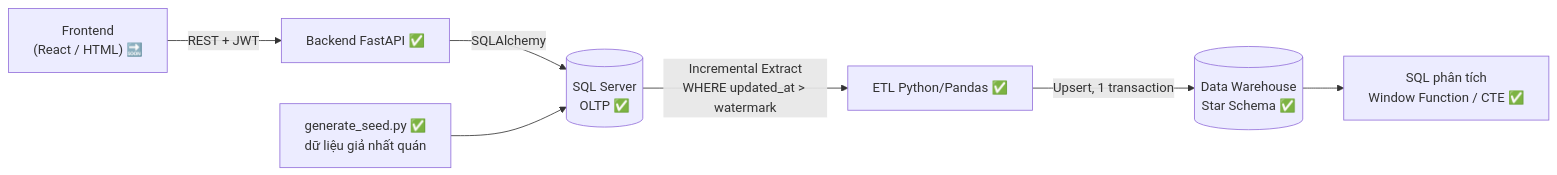
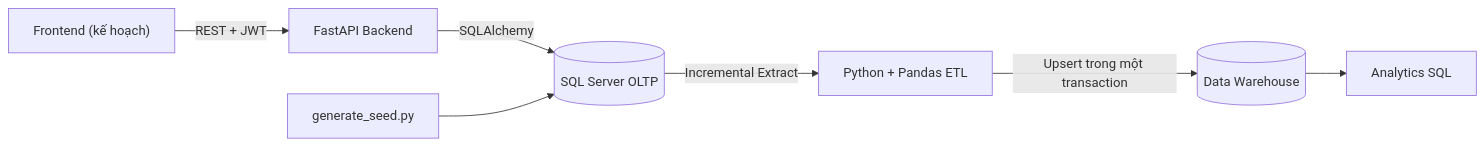
The first of 2 diagrams in README.md (Nghiepcoder17v/cho-troi-uit), drawn with Mermaid before and after one commit. The commit also changed other lines of this file, not shown here.

````diff
--- a/README.md
+++ b/README.md
@@ -7,9 +40,9 @@
 ```mermaid
 flowchart LR
-    FE["Frontend<br/>(React / HTML) 🔜"] -->|REST + JWT| API["Backend FastAPI ✅"]
-    API -->|SQLAlchemy| OLTP[("SQL Server<br/>OLTP ✅")]
-    GEN["generate_seed.py ✅<br/>dữ liệu giả nhất quán"] --> OLTP
-    OLTP -->|"Incremental Extract<br/>WHERE updated_at > watermark"| ETL["ETL Python/Pandas ✅"]
-    ETL -->|"Upsert, 1 transaction"| DWH[("Data Warehouse<br/>Star Schema ✅")]
-    DWH --> SQL["SQL phân tích<br/>Window Function / CTE ✅"]
+    FE["Frontend (kế hoạch)"] -->|REST + JWT| API["FastAPI Backend"]
+    API -->|SQLAlchemy| OLTP[("SQL Server OLTP")]
+    SEED["generate_seed.py"] --> OLTP
+    OLTP -->|Incremental Extract| ETL["Python + Pandas ETL"]
+    ETL -->|Upsert trong một transaction| DWH[("Data Warehouse")]
+    DWH --> SQL["Analytics SQL"]
 ```
````
